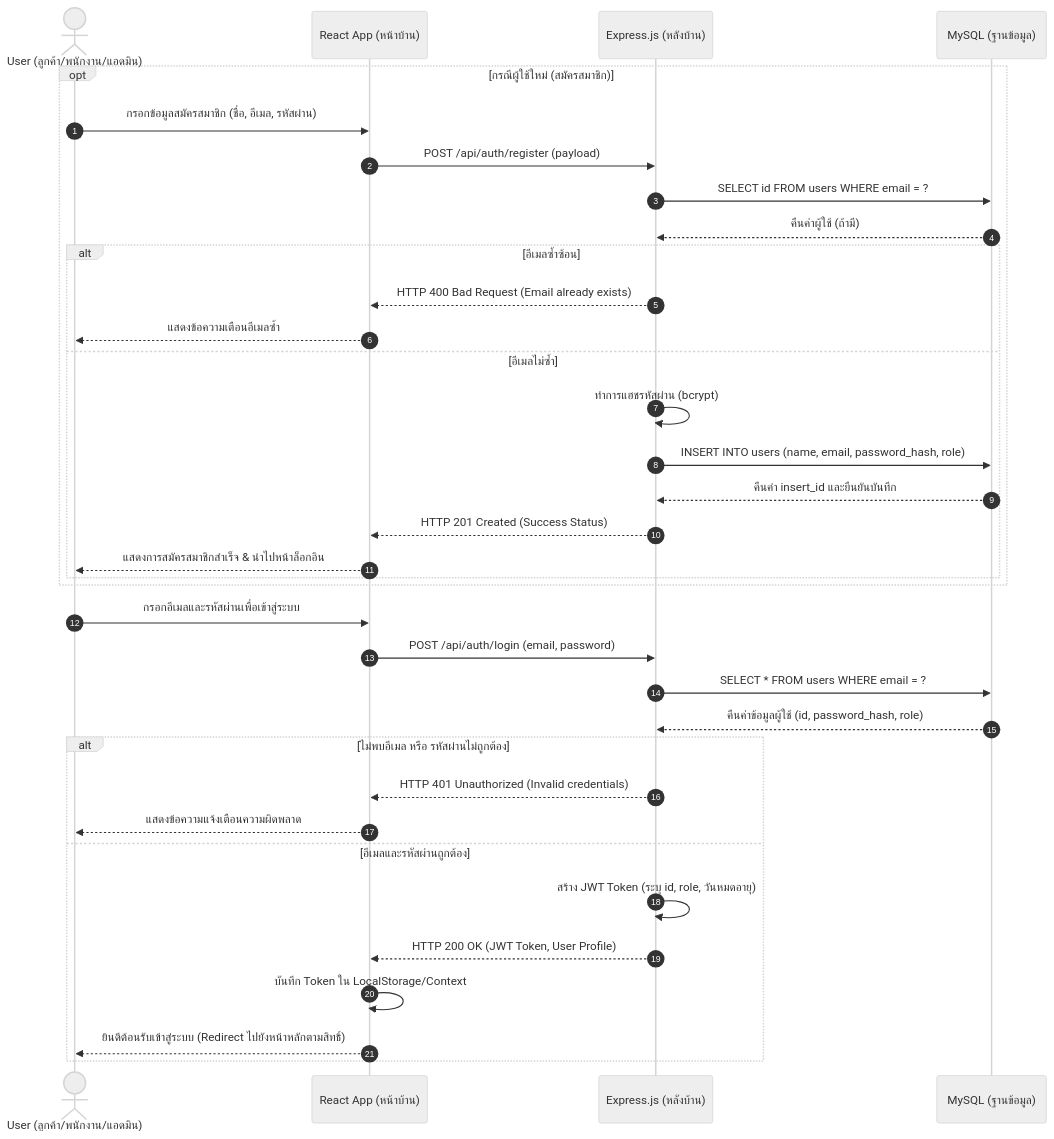
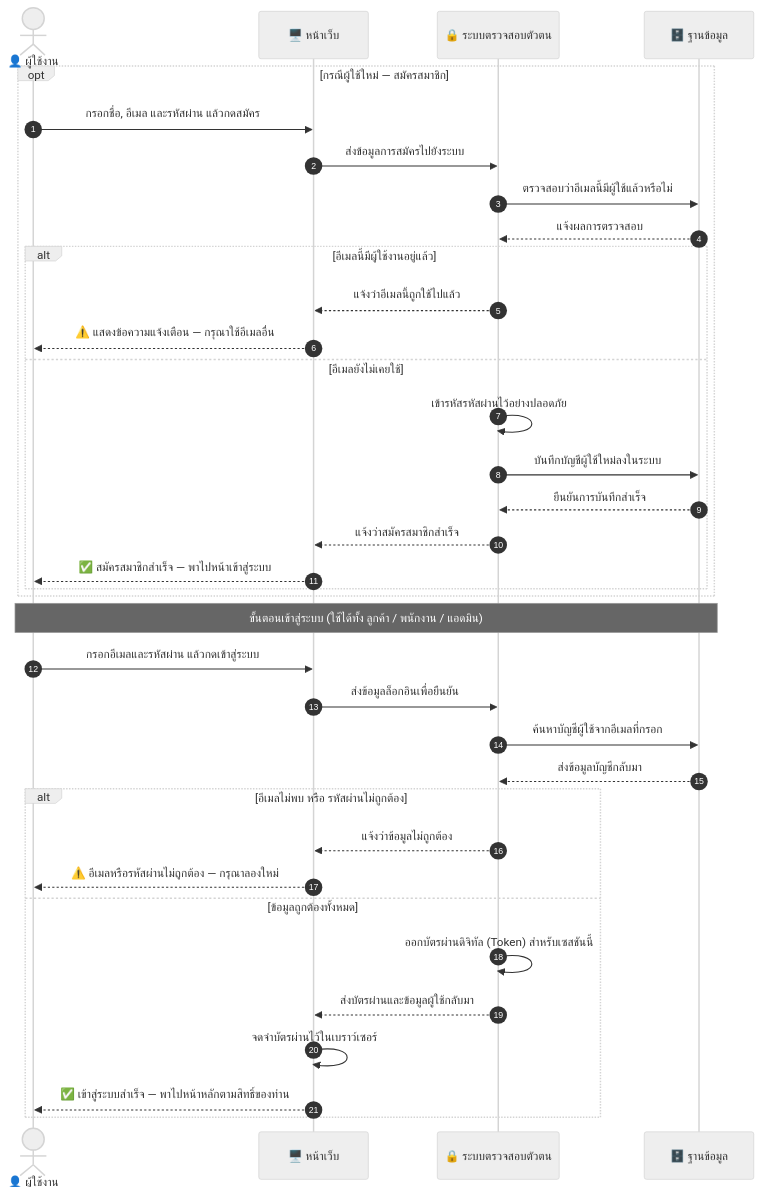
The third of 15 diagrams in diagram/Diagram.md (SupvichSpuGM/online-bookstore), drawn with Mermaid (neutral theme) before and after one commit. The commit also changed other lines of this file and 1 other file, not shown here.

````diff
--- a/diagram/Diagram.md
+++ b/diagram/Diagram.md
@@ -231,40 +242,40 @@
 ```mermaid
 sequenceDiagram
-            autonumber
-            actor User as User (ลูกค้า/พนักงาน/แอดมิน)
-            participant Client as React App (หน้าบ้าน)
-            participant API as Express.js (หลังบ้าน)
-            participant DB as MySQL (ฐานข้อมูล)
+    autonumber
+    actor User as 👤 ผู้ใช้งาน
+    participant Web as 🖥️ หน้าเว็บ
+    participant Auth as 🔒 ระบบตรวจสอบตัวตน
+    participant DB as 🗄️ ฐานข้อมูล
 
-            opt กรณีผู้ใช้ใหม่ (สมัครสมาชิก)
-                User->>Client: กรอกข้อมูลสมัครสมาชิก (ชื่อ, อีเมล, รหัสผ่าน)
-                Client->>API: POST /api/auth/register (payload)
-                API->>DB: SELECT id FROM users WHERE email = ?
-                DB-->>API: คืนค่าผู้ใช้ (ถ้ามี)
-                alt อีเมลซ้ำซ้อน
-                    API-->>Client: HTTP 400 Bad Request (Email already exists)
-                    Client-->>User: แสดงข้อความเตือนอีเมลซ้ำ
-                else อีเมลไม่ซ้ำ
-                    API->>API: ทำการแฮชรหัสผ่าน (bcrypt)
-                    API->>DB: INSERT INTO users (name, email, password_hash, role)
-                    DB-->>API: คืนค่า insert_id และยืนยันบันทึก
-                    API-->>Client: HTTP 201 Created (Success Status)
-                    Client-->>User: แสดงการสมัครสมาชิกสำเร็จ & นำไปหน้าล็อกอิน
-                end
-            end
+    opt กรณีผู้ใช้ใหม่ — สมัครสมาชิก
+        User->>Web: กรอกชื่อ, อีเมล และรหัสผ่าน แล้วกดสมัคร
+        Web->>Auth: ส่งข้อมูลการสมัครไปยังระบบ
+        Auth->>DB: ตรวจสอบว่าอีเมลนี้มีผู้ใช้แล้วหรือไม่
+        DB-->>Auth: แจ้งผลการตรวจสอบ
+        alt อีเมลนี้มีผู้ใช้งานอยู่แล้ว
+            Auth-->>Web: แจ้งว่าอีเมลนี้ถูกใช้ไปแล้ว
+            Web-->>User: ⚠️ แสดงข้อความแจ้งเตือน — กรุณาใช้อีเมลอื่น
+        else อีเมลยังไม่เคยใช้
+            Auth->>Auth: เข้ารหัสรหัสผ่านไว้อย่างปลอดภัย
+            Auth->>DB: บันทึกบัญชีผู้ใช้ใหม่ลงในระบบ
+            DB-->>Auth: ยืนยันการบันทึกสำเร็จ
+            Auth-->>Web: แจ้งว่าสมัครสมาชิกสำเร็จ
+            Web-->>User: ✅ สมัครสมาชิกสำเร็จ — พาไปหน้าเข้าสู่ระบบ
+        end
+    end
 
-            User->>Client: กรอกอีเมลและรหัสผ่านเพื่อเข้าสู่ระบบ
-            Client->>API: POST /api/auth/login (email, password)
-            API->>DB: SELECT * FROM users WHERE email = ?
-            DB-->>API: คืนค่าข้อมูลผู้ใช้ (id, password_hash, role)
-            
-            alt ไม่พบอีเมล หรือ รหัสผ่านไม่ถูกต้อง
-                API-->>Client: HTTP 401 Unauthorized (Invalid credentials)
-                Client-->>User: แสดงข้อความแจ้งเตือนความผิดพลาด
-            else อีเมลและรหัสผ่านถูกต้อง
-                API->>API: สร้าง JWT Token (ระบุ id, role, วันหมดอายุ)
-                API-->>Client: HTTP 200 OK (JWT Token, User Profile)
-                Client->>Client: บันทึก Token ใน LocalStorage/Context
-                Client-->>User: ยินดีต้อนรับเข้าสู่ระบบ (Redirect ไปยังหน้าหลักตามสิทธิ์)
-            end
+    Note over User, DB: ขั้นตอนเข้าสู่ระบบ (ใช้ได้ทั้ง ลูกค้า / พนักงาน / แอดมิน)
+    User->>Web: กรอกอีเมลและรหัสผ่าน แล้วกดเข้าสู่ระบบ
+    Web->>Auth: ส่งข้อมูลล็อกอินเพื่อยืนยัน
+    Auth->>DB: ค้นหาบัญชีผู้ใช้จากอีเมลที่กรอก
+    DB-->>Auth: ส่งข้อมูลบัญชีกลับมา
+    alt อีเมลไม่พบ หรือ รหัสผ่านไม่ถูกต้อง
+        Auth-->>Web: แจ้งว่าข้อมูลไม่ถูกต้อง
+        Web-->>User: ⚠️ อีเมลหรือรหัสผ่านไม่ถูกต้อง — กรุณาลองใหม่
+    else ข้อมูลถูกต้องทั้งหมด
+        Auth->>Auth: ออกบัตรผ่านดิจิทัล (Token) สำหรับเซสชันนี้
+        Auth-->>Web: ส่งบัตรผ่านและข้อมูลผู้ใช้กลับมา
+        Web->>Web: จดจำบัตรผ่านไว้ในเบราว์เซอร์
+        Web-->>User: ✅ เข้าสู่ระบบสำเร็จ — พาไปหน้าหลักตามสิทธิ์ของท่าน
+    end
 ```
````
